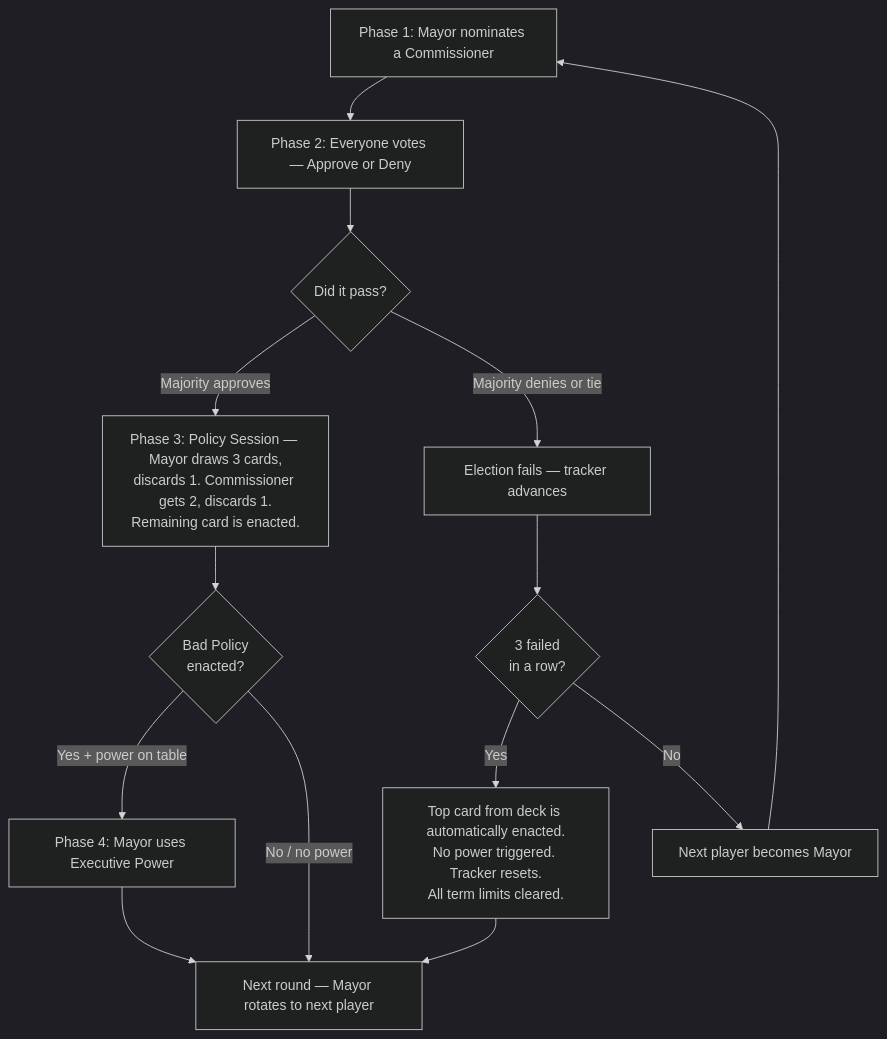
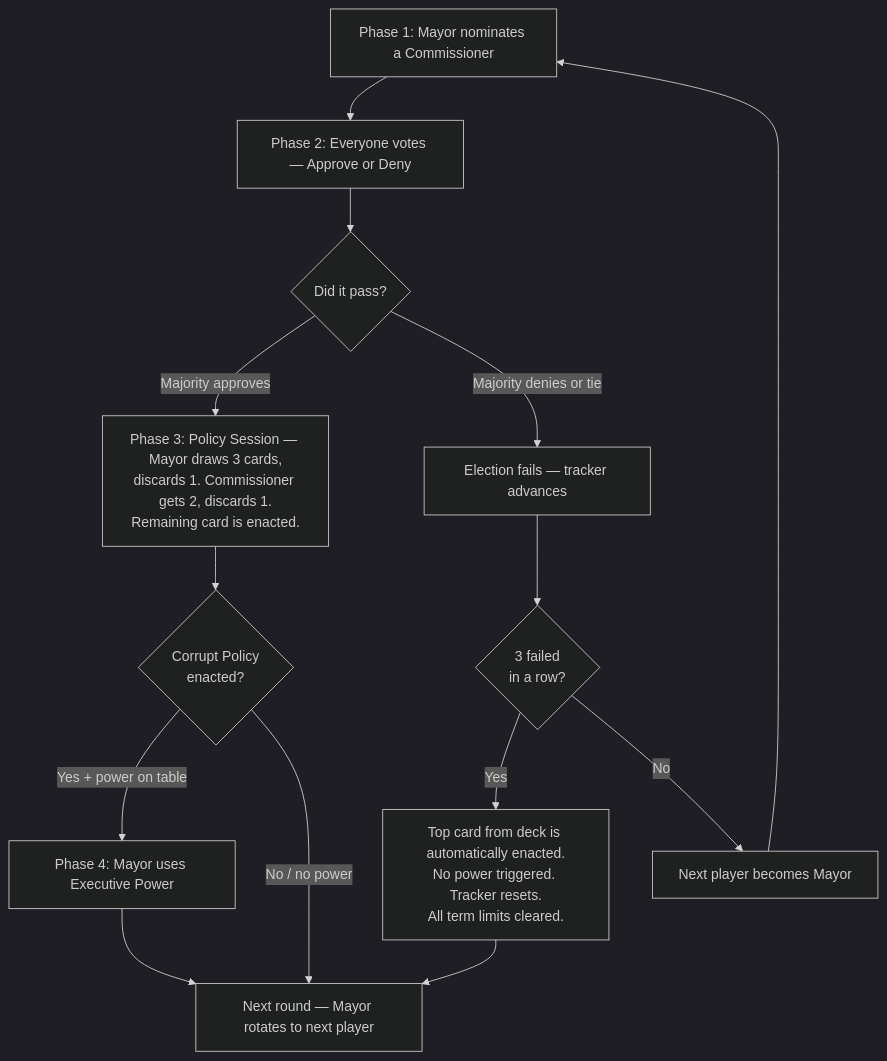
The diagram in projects/undercover-mob-boss/docs/shared/user/HOW-TO-PLAY.md (mbriggsy/ai-learning-journey), drawn with Mermaid (dark theme) before and after one commit. The commit also changed other lines of this file and 7 other files, not shown here.

````diff
--- a/projects/undercover-mob-boss/docs/shared/user/HOW-TO-PLAY.md
+++ b/projects/undercover-mob-boss/docs/shared/user/HOW-TO-PLAY.md
@@ -95,28 +95,28 @@
 ```mermaid
 flowchart TD
     NOM["Phase 1: Mayor nominates a Commissioner"]
     VOTE["Phase 2: Everyone votes — Approve or Deny"]
     PASS{"Did it pass?"}
     POLICY["Phase 3: Policy Session — Mayor draws 3 cards,\ndiscards 1. Commissioner gets 2, discards 1.\nRemaining card is enacted."]
-    BAD{"Bad Policy\nenacted?"}
+    CORRUPT{"Corrupt Policy\nenacted?"}
     POWER["Phase 4: Mayor uses Executive Power"]
     NEXT["Next round — Mayor rotates to next player"]
     FAIL["Election fails — tracker advances"]
     THREE{"3 failed\nin a row?"}
     AUTO["Top card from deck is automatically enacted.\nNo power triggered. Tracker resets.\nAll term limits cleared."]
     NEXTMAYOR["Next player becomes Mayor"]
 
     NOM --> VOTE
     VOTE --> PASS
     PASS -- "Majority approves" --> POLICY
     PASS -- "Majority denies or tie" --> FAIL
-    POLICY --> BAD
-    BAD -- "Yes + power on table" --> POWER
-    BAD -- "No / no power" --> NEXT
+    POLICY --> CORRUPT
+    CORRUPT -- "Yes + power on table" --> POWER
+    CORRUPT -- "No / no power" --> NEXT
     POWER --> NEXT
     FAIL --> THREE
     THREE -- "Yes" --> AUTO
     THREE -- "No" --> NEXTMAYOR
     AUTO --> NEXT
     NEXTMAYOR --> NOM
 ```
````
